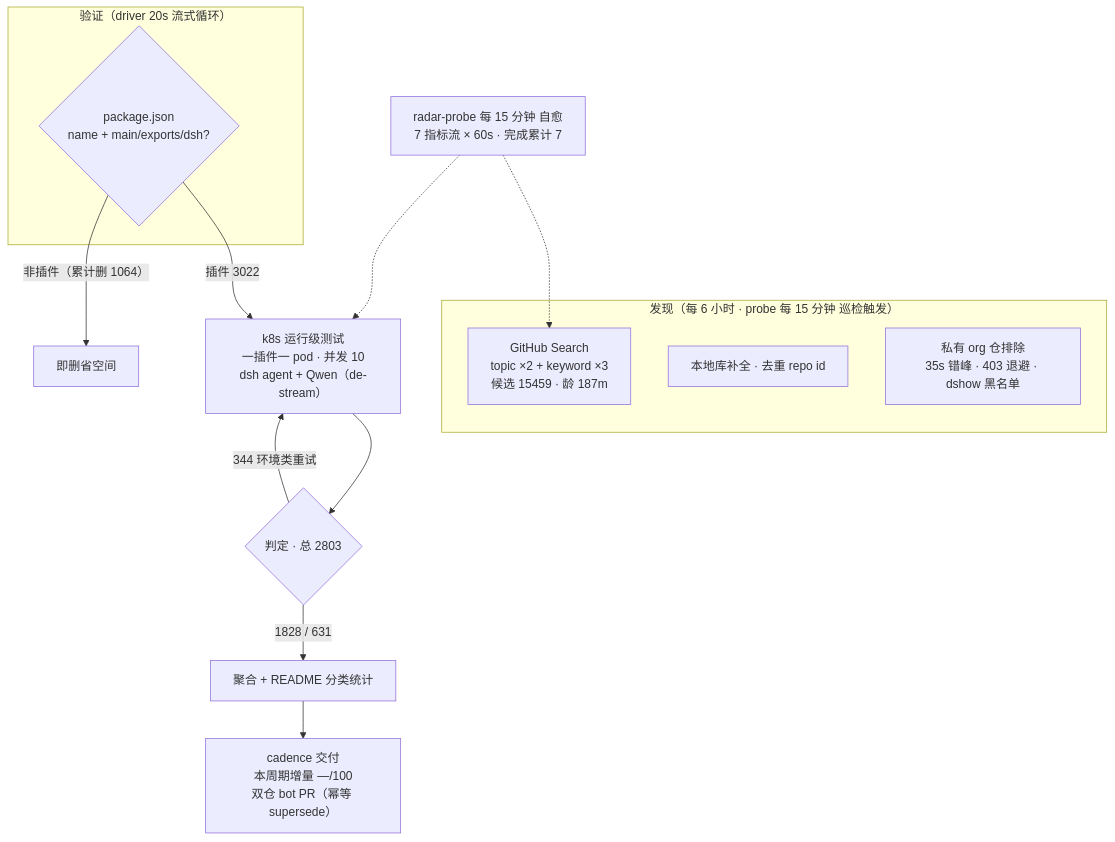
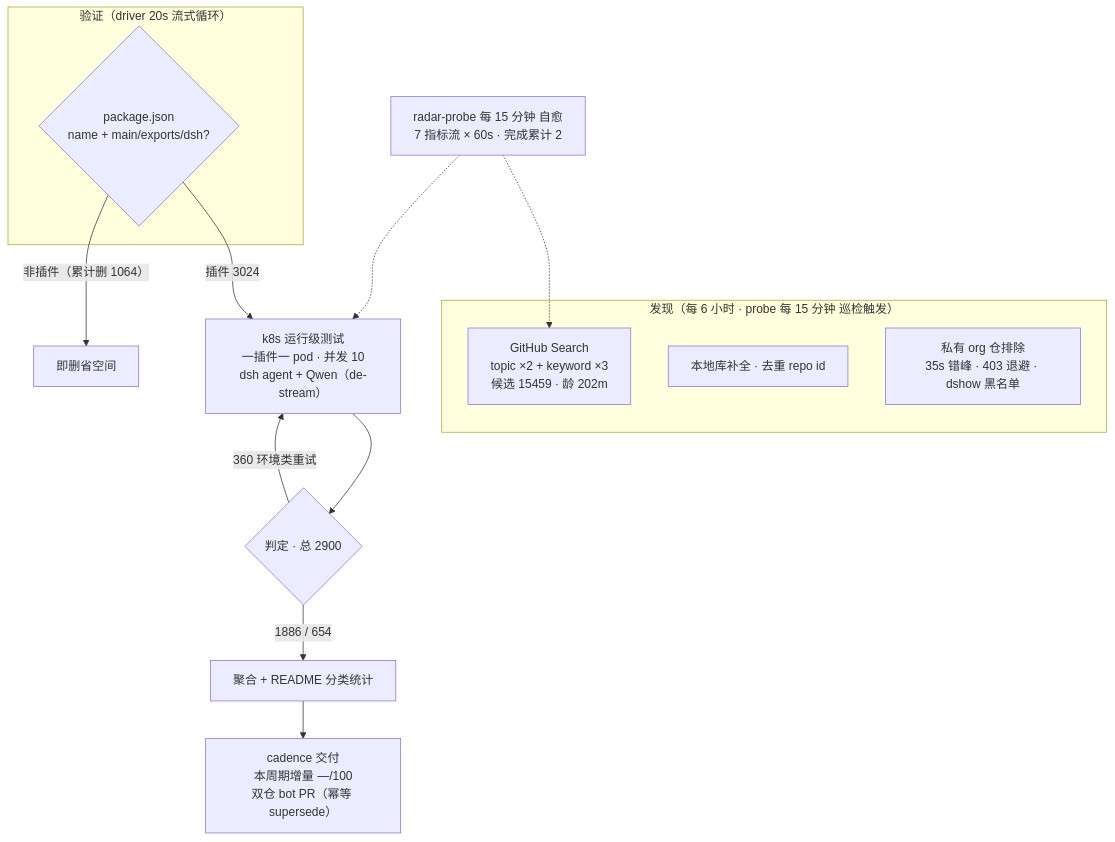
One commit to Zhidao-Lab-OSS/awesome-dsh-plugins changed the diagram in README.md. Above: the diagram before and after it, drawn with Mermaid. The commit also changed other lines of this file and 1 other file, not shown here.

````diff
--- a/README.md
+++ b/README.md
@@ -37,20 +37,20 @@
 ```mermaid
 flowchart TB
     subgraph Discovery["发现（每 6 小时 · probe 每 15 分钟 巡检触发）"]
-        A1["GitHub Search<br/>topic ×2 + keyword ×3<br/>候选 15459 · 龄 187m"]
+        A1["GitHub Search<br/>topic ×2 + keyword ×3<br/>候选 15459 · 龄 202m"]
         A2["本地库补全 · 去重 repo id"]
         A3["私有 org 仓排除<br/>35s 错峰 · 403 退避 · dshow 黑名单"]
     end
     subgraph Validation["验证（driver 20s 流式循环）"]
         B1{"package.json<br/>name + main/exports/dsh?"}
     end
-    B1 -->|"插件 3022"| C1["k8s 运行级测试<br/>一插件一 pod · 并发 10<br/>dsh agent + Qwen（de-stream）"]
+    B1 -->|"插件 3024"| C1["k8s 运行级测试<br/>一插件一 pod · 并发 10<br/>dsh agent + Qwen（de-stream）"]
     B1 -->|"非插件（累计删 1064）"| B3["即删省空间"]
-    C1 --> D1{"判定 · 总 2803"}
-    D1 -->|"1828 / 631"| E1["聚合 + README 分类统计"]
-    D1 -->|"344 环境类重试"| C1
+    C1 --> D1{"判定 · 总 2900"}
+    D1 -->|"1886 / 654"| E1["聚合 + README 分类统计"]
+    D1 -->|"360 环境类重试"| C1
     E1 --> E2["cadence 交付<br/>本周期增量 —/100<br/>双仓 bot PR（幂等 supersede）"]
-    M["radar-probe 每 15 分钟 自愈<br/>7 指标流 × 60s · 完成累计 7"]
+    M["radar-probe 每 15 分钟 自愈<br/>7 指标流 × 60s · 完成累计 2"]
     M -.-> A1
     M -.-> C1
 ```
````
